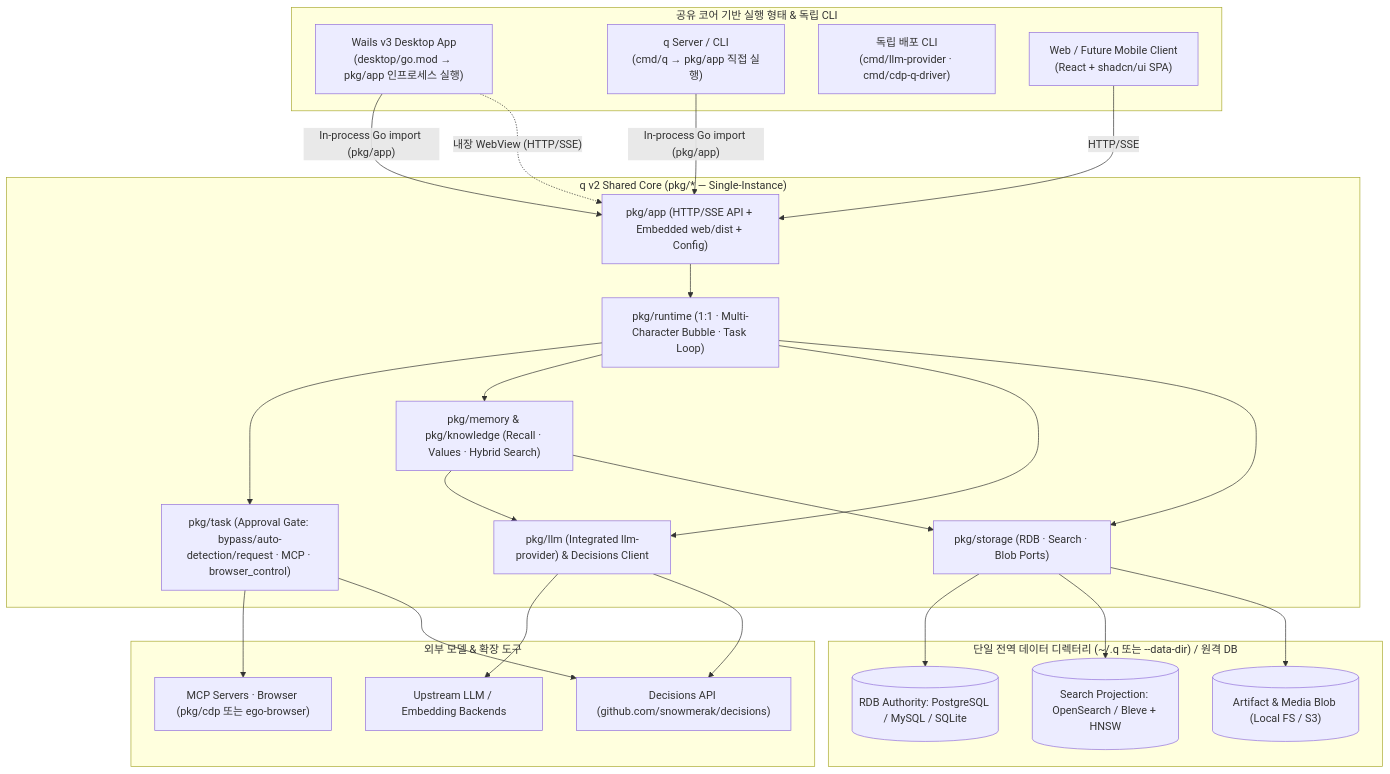
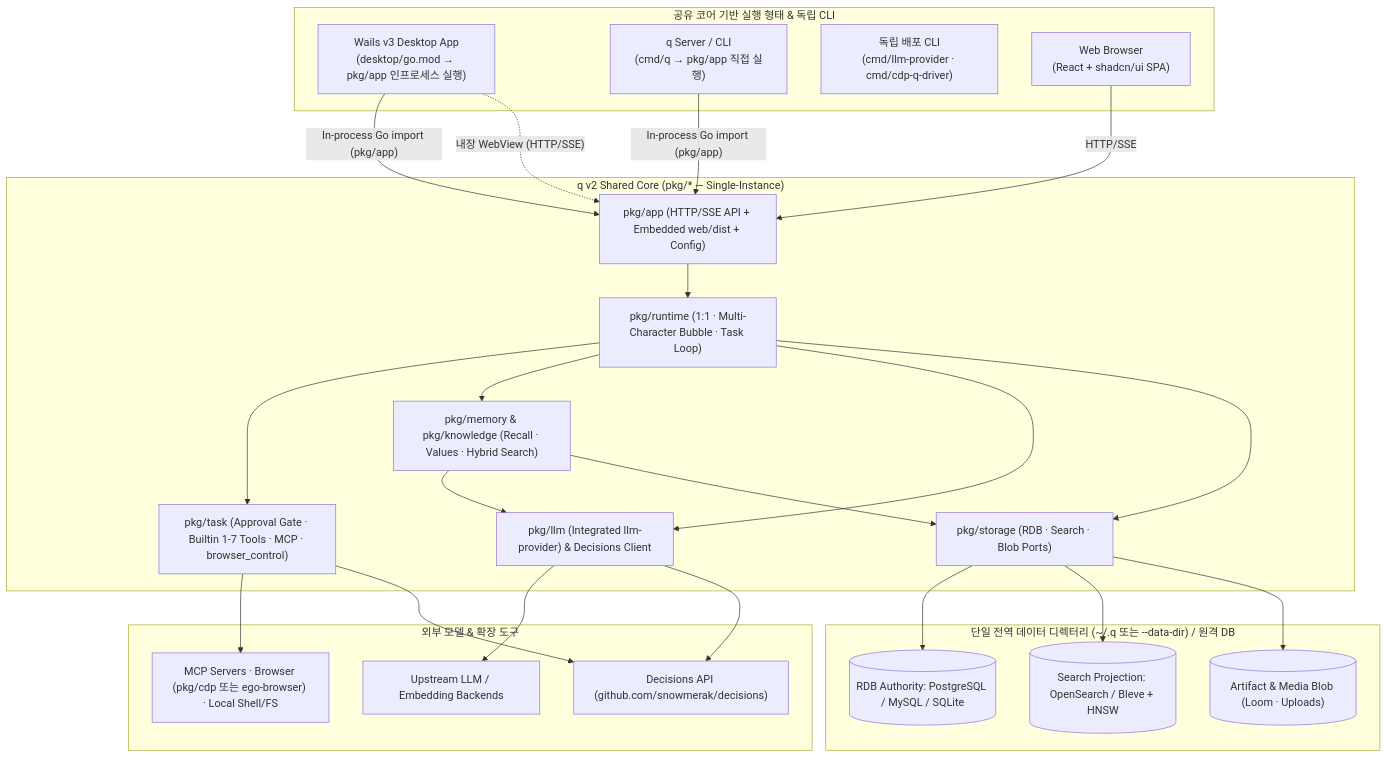
One commit to snowmerak/q changed the first of 3 diagrams in docs/blueprint.md. Above: the diagram before and after it, drawn with Mermaid. The commit also changed other lines of this file and 2 other files, not shown here.

Commit message:
docs(v2): confirm builtin tool catalog (1-7), drop mobile scope and legacy migration

````diff
--- a/docs/blueprint.md
+++ b/docs/blueprint.md
@@ -31,52 +31,52 @@
 ```mermaid
 flowchart TB
     subgraph Entrypoints["공유 코어 기반 실행 형태 & 독립 CLI"]
         Desktop["Wails v3 Desktop App<br/>(desktop/go.mod → pkg/app 인프로세스 실행)"]
         ServerCLI["q Server / CLI<br/>(cmd/q → pkg/app 직접 실행)"]
         StandaloneCLIs["독립 배포 CLI<br/>(cmd/llm-provider · cmd/cdp-q-driver)"]
-        Browser["Web / Future Mobile Client<br/>(React + shadcn/ui SPA)"]
+        Browser["Web Browser<br/>(React + shadcn/ui SPA)"]
     end
 
     subgraph Core["q v2 Shared Core (pkg/* — Single-Instance)"]
         App["pkg/app (HTTP/SSE API + Embedded web/dist + Config)"]
         Runtime["pkg/runtime (1:1 · Multi-Character Bubble · Task Loop)"]
-        Task["pkg/task (Approval Gate: bypass/auto-detection/request · MCP · browser_control)"]
+        Task["pkg/task (Approval Gate · Builtin 1-7 Tools · MCP · browser_control)"]
         Memory["pkg/memory & pkg/knowledge (Recall · Values · Hybrid Search)"]
         LLM["pkg/llm (Integrated llm-provider) & Decisions Client"]
         StoragePort["pkg/storage (RDB · Search · Blob Ports)"]
     end
 
     subgraph Storage["단일 전역 데이터 디렉터리 (~/.q 또는 --data-dir) / 원격 DB"]
         RDB[("RDB Authority: PostgreSQL / MySQL / SQLite")]
         Search[("Search Projection: OpenSearch / Bleve + HNSW")]
-        Blob[("Artifact & Media Blob (Local FS / S3)")]
+        Blob[("Artifact & Media Blob (Loom · Uploads)")]
     end
 
     subgraph External["외부 모델 & 확장 도구"]
         UpstreamLLM["Upstream LLM / Embedding Backends"]
         Dec["Decisions API (github.com/snowmerak/decisions)"]
-        Tools["MCP Servers · Browser (pkg/cdp 또는 ego-browser)"]
+        Tools["MCP Servers · Browser (pkg/cdp 또는 ego-browser) · Local Shell/FS"]
     end
 
     Desktop -->|"In-process Go import (pkg/app)"| App
     ServerCLI -->|"In-process Go import (pkg/app)"| App
     Desktop -.->|"내장 WebView (HTTP/SSE)"| App
     Browser -->|"HTTP/SSE"| App
 
     App --> Runtime
     Runtime --> Task
     Runtime --> Memory
     Runtime --> LLM
     Runtime --> StoragePort
     Task --> Tools
     Task --> Dec
     Memory --> LLM
     Memory --> StoragePort
 
     StoragePort --> RDB
     StoragePort --> Search
     StoragePort --> Blob
 
     LLM --> UpstreamLLM
     LLM --> Dec
 ```
````
